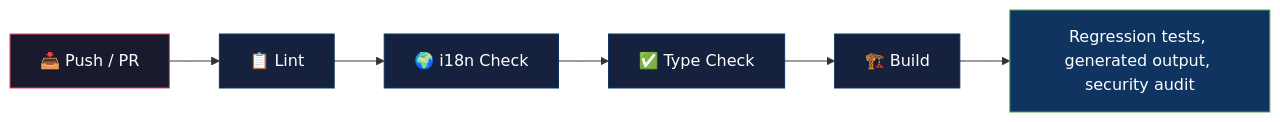
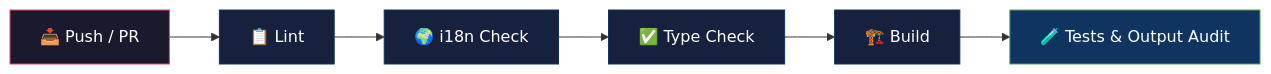
The second of 2 diagrams in README.md (iamcristian/my-portfolio), drawn with Mermaid before and after one commit. The commit also changed other lines of this file and 5 other files, not shown here.

Commit message:
docs: update README, add architecture and testing guides, and publish remediation report

````diff
--- a/README.md
+++ b/README.md
@@ -279,15 +299,15 @@
 ```mermaid
 graph LR
     A["📥 Push / PR"] --> B["📋 Lint"]
     B --> C["🌍 i18n Check"]
     C --> D["✅ Type Check"]
     D --> E["🏗️ Build"]
-    E --> F["Regression tests, generated output, security audit"]
+    E --> F["🧪 Tests & Output Audit"]
 
     style A fill:#1a1a2e,stroke:#e94560,color:#fff
     style B fill:#16213e,stroke:#0f3460,color:#fff
     style C fill:#16213e,stroke:#0f3460,color:#fff
     style D fill:#16213e,stroke:#0f3460,color:#fff
     style E fill:#16213e,stroke:#0f3460,color:#fff
     style F fill:#0f3460,stroke:#53a653,color:#fff
 ```
````
